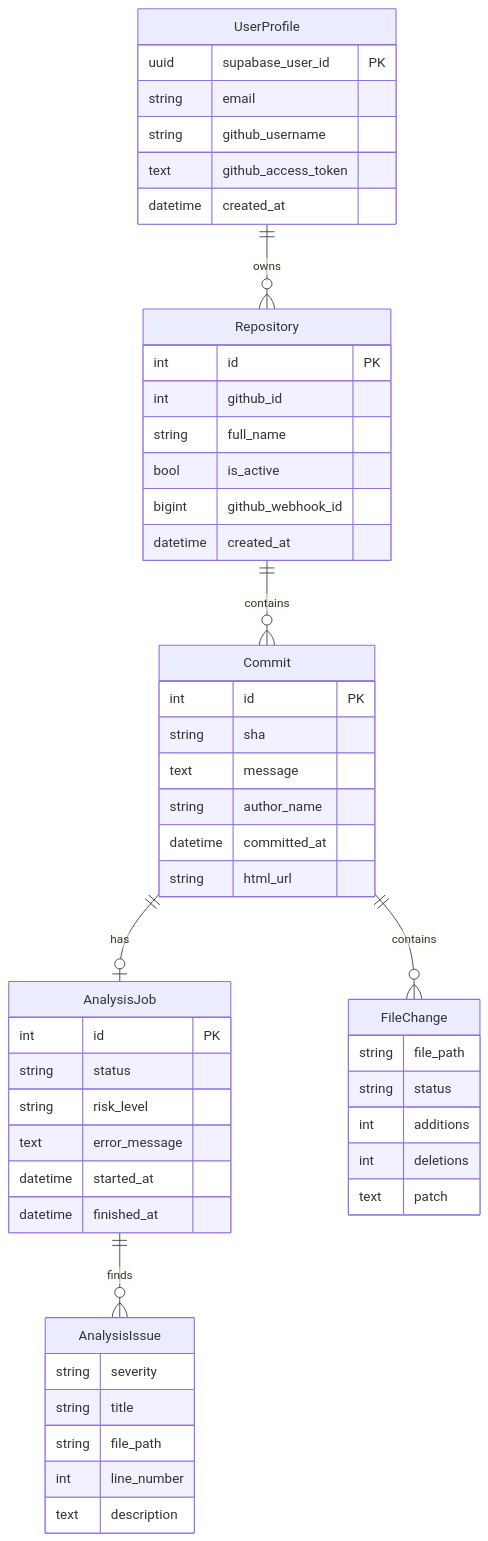
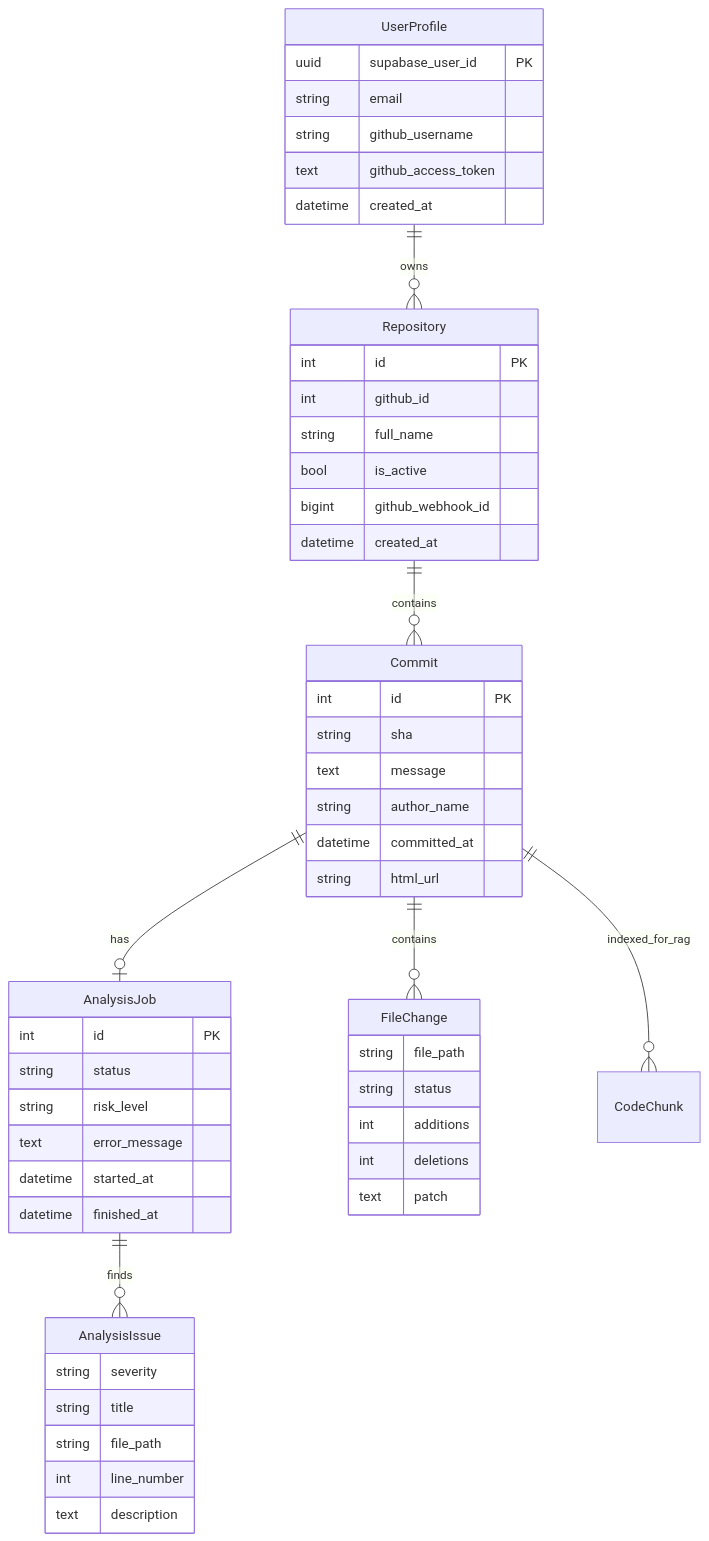
The third of 10 diagrams in README.md (coutKaustubh/CommitIQ), drawn with Mermaid before and after one commit. The commit also changed other lines of this file and 6 other files, not shown here.

````diff
--- a/README.md
+++ b/README.md
@@ -211,59 +222,60 @@
 ```mermaid
 erDiagram
     UserProfile ||--o{ Repository : owns
     Repository ||--o{ Commit : contains
     Commit ||--o| AnalysisJob : has
     Commit ||--o{ FileChange : contains
+    Commit ||--o{ CodeChunk : indexed_for_rag
     AnalysisJob ||--o{ AnalysisIssue : finds
 
     UserProfile {
         uuid supabase_user_id PK
         string email
         string github_username
         text github_access_token
         datetime created_at
     }
 
     Repository {
         int id PK
         int github_id
         string full_name
         bool is_active
         bigint github_webhook_id
         datetime created_at
     }
 
     Commit {
         int id PK
         string sha
         text message
         string author_name
         datetime committed_at
         string html_url
     }
 
     AnalysisJob {
         int id PK
         string status
         string risk_level
         text error_message
         datetime started_at
         datetime finished_at
     }
 
     FileChange {
         string file_path
         string status
         int additions
         int deletions
         text patch
     }
 
     AnalysisIssue {
         string severity
         string title
         string file_path
         int line_number
         text description
     }
 ```
````
